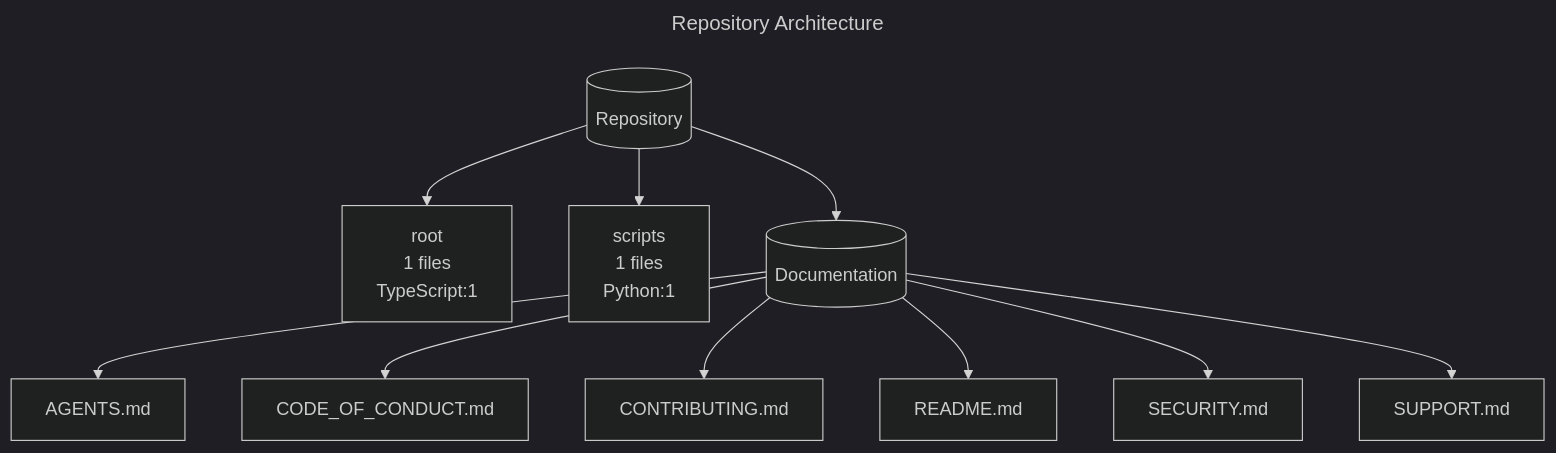
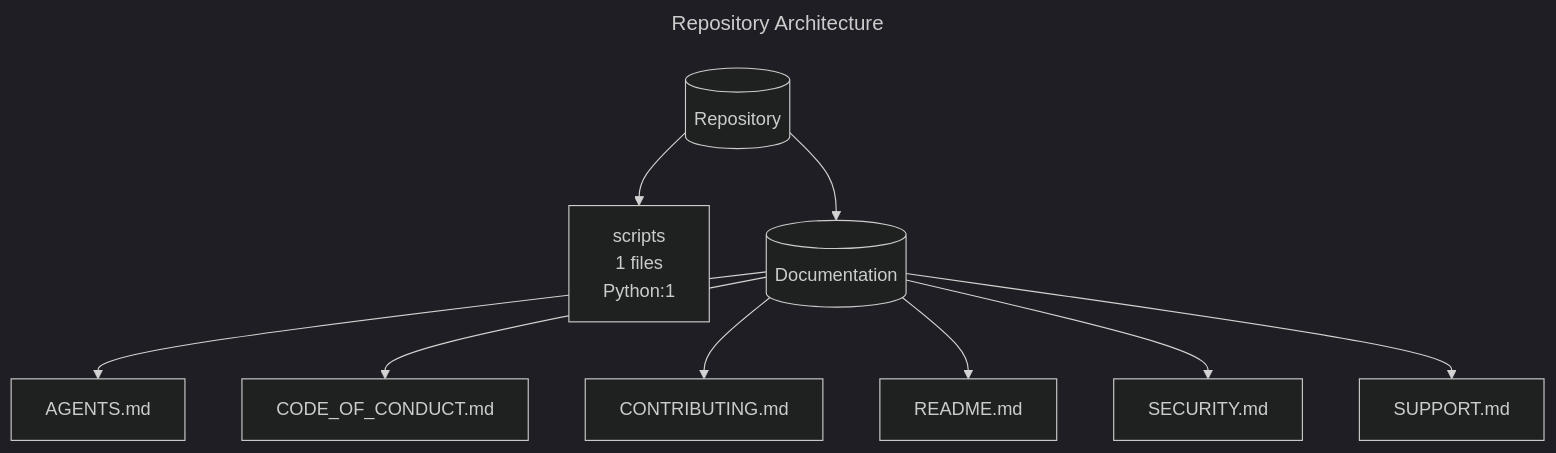
The diagram in docs/architecture.mmd (bell-kevin/kevinBellTemplateRepo), drawn with Mermaid (dark theme) before and after one commit.

Commit message:
chore: update architecture diagram

```diff
--- a/docs/architecture.mmd
+++ b/docs/architecture.mmd
@@ -1,25 +1,23 @@
 ---
 title: Repository Architecture
 ---
 graph TD
     repo[(Repository)]
-    n_root["root\n1 files\nTypeScript:1"]
-    repo --> n_root
     n_scripts["scripts\n1 files\nPython:1"]
     repo --> n_scripts
     docs[(Documentation)]
     repo --> docs
     n_doc_AGENTS_md["AGENTS.md"]
     docs --> n_doc_AGENTS_md
     n_doc_CODE_OF_CONDUCT_md["CODE_OF_CONDUCT.md"]
     docs --> n_doc_CODE_OF_CONDUCT_md
     n_doc_CONTRIBUTING_md["CONTRIBUTING.md"]
     docs --> n_doc_CONTRIBUTING_md
     n_doc_README_md["README.md"]
     docs --> n_doc_README_md
     n_doc_SECURITY_md["SECURITY.md"]
     docs --> n_doc_SECURITY_md
     n_doc_SUPPORT_md["SUPPORT.md"]
     docs --> n_doc_SUPPORT_md
 
 %% Generated by scripts/generate_architecture_diagram.py
```
